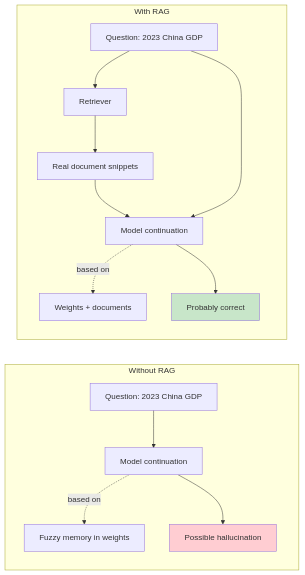
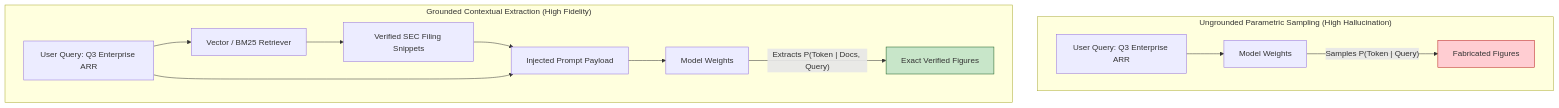
The third of 7 diagrams in en/chapters/07-hallucination.md (yingwang/thinking-in-llm), drawn with Mermaid before and after one commit. The commit also changed other lines of this file and 31 other files, not shown here.

````diff
--- a/en/chapters/07-hallucination.md
+++ b/en/chapters/07-hallucination.md
@@ -189,20 +175,19 @@
 ```mermaid
-flowchart LR
-    subgraph NoRAG["Without RAG"]
-        Q1["Question: 2023 China GDP"] --> M1["Model continuation"]
-        M1 -.->|"based on"| W1["Fuzzy memory in weights"]
-        M1 --> A1["Possible hallucination"]
+flowchart TD
+    subgraph Ungrounded["Ungrounded Parametric Sampling (High Hallucination)"]
+        Q1["User Query: Q3 Enterprise ARR"] --> LLM1["Model Weights"]
+        LLM1 -->|"Samples P(Token | Query)"| Out1["Fabricated Figures"]
     end
 
-    subgraph WithRAG["With RAG"]
-        Q2["Question: 2023 China GDP"] --> R["Retriever"]
-        R --> D["Real document snippets"]
-        D --> M2["Model continuation"]
-        Q2 --> M2
-        M2 -.->|"based on"| Cond["Weights + documents"]
-        M2 --> A2["Probably correct"]
+    subgraph Grounded["Grounded Contextual Extraction (High Fidelity)"]
+        Q2["User Query: Q3 Enterprise ARR"] --> Ret["Vector / BM25 Retriever"]
+        Ret --> Docs["Verified SEC Filing Snippets"]
+        Docs --> Ctx["Injected Prompt Payload"]
+        Q2 --> Ctx
+        Ctx --> LLM2["Model Weights"]
+        LLM2 -->|"Extracts P(Token | Docs, Query)"| Out2["Exact Verified Figures"]
     end
 
-    style A1 fill:#ffcdd2
-    style A2 fill:#c8e6c9
+    style Out1 fill:#ffcdd2,stroke:#b71c1c
+    style Out2 fill:#c8e6c9,stroke:#1b5e20
 ```
````
